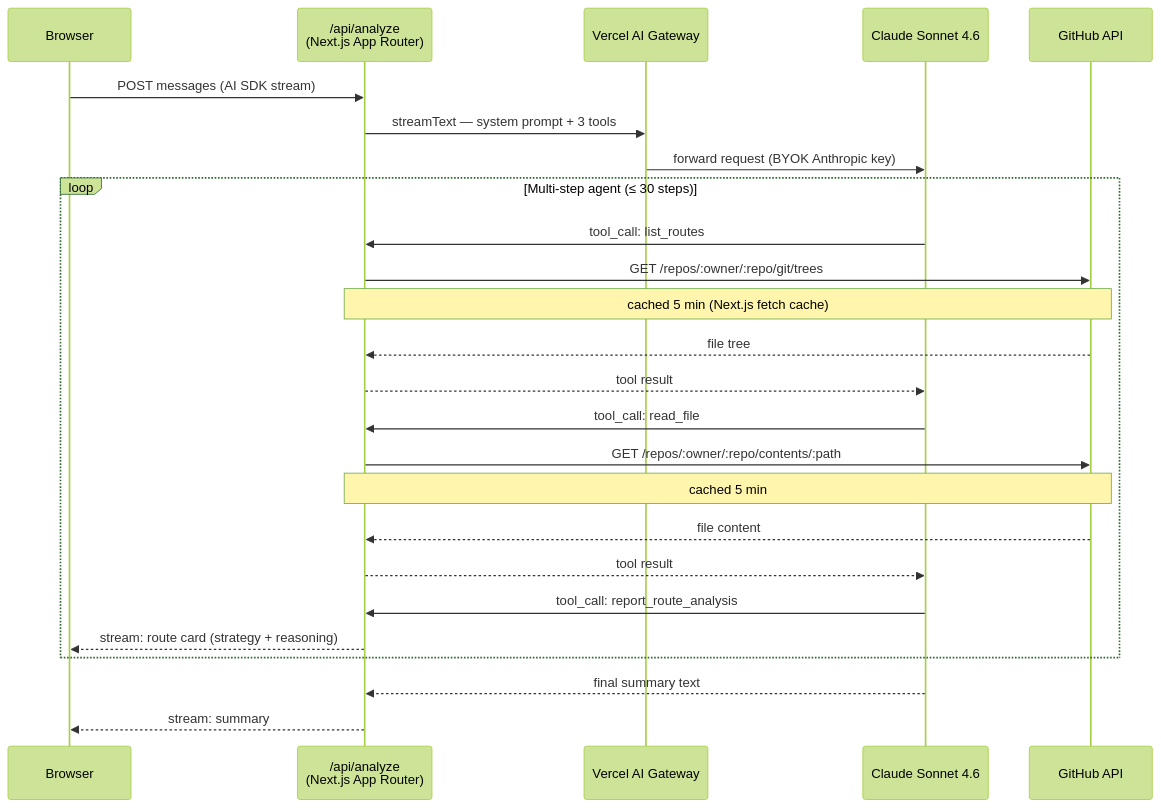
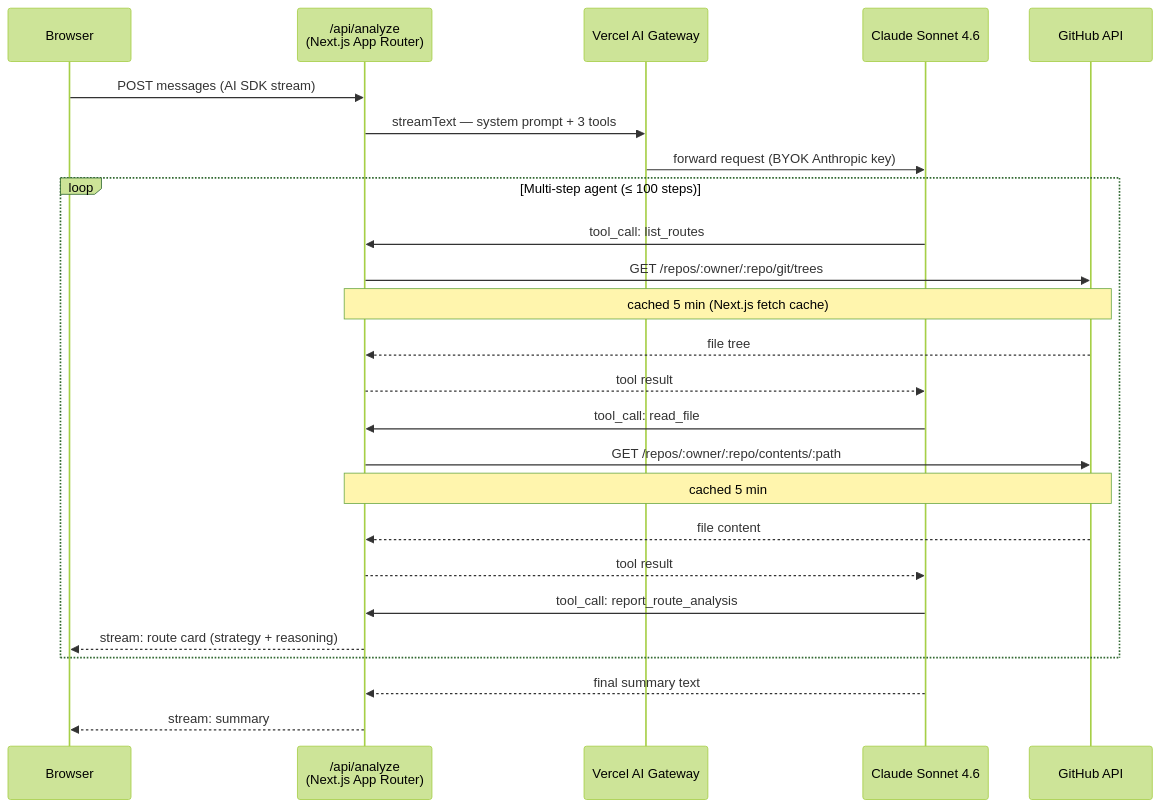
Before and after one commit to micahwalter/render-right: the diagram in README.md, drawn with Mermaid (forest theme). The commit also changed other lines of this file, not shown here.

````diff
--- a/README.md
+++ b/README.md
@@ -30,32 +30,32 @@
 ```mermaid
 sequenceDiagram
     participant Browser
     participant API as /api/analyze<br/>(Next.js App Router)
     participant GW as Vercel AI Gateway
     participant LLM as Claude Sonnet 4.6
     participant GH as GitHub API
 
     Browser->>API: POST messages (AI SDK stream)
     API->>GW: streamText — system prompt + 3 tools
     GW->>LLM: forward request (BYOK Anthropic key)
 
-    loop Multi-step agent (≤ 30 steps)
+    loop Multi-step agent (≤ 100 steps)
         LLM->>API: tool_call: list_routes
         API->>GH: GET /repos/:owner/:repo/git/trees
         Note over API,GH: cached 5 min (Next.js fetch cache)
         GH-->>API: file tree
         API-->>LLM: tool result
 
         LLM->>API: tool_call: read_file
         API->>GH: GET /repos/:owner/:repo/contents/:path
         Note over API,GH: cached 5 min
         GH-->>API: file content
         API-->>LLM: tool result
 
         LLM->>API: tool_call: report_route_analysis
         API-->>Browser: stream: route card (strategy + reasoning)
     end
 
     LLM-->>API: final summary text
     API-->>Browser: stream: summary
 ```
````
